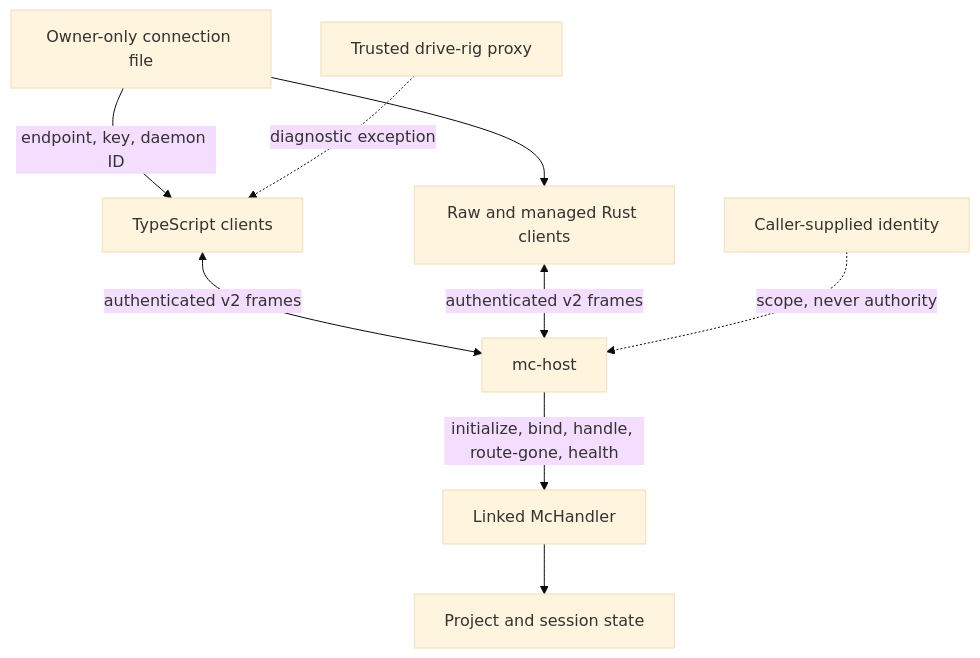
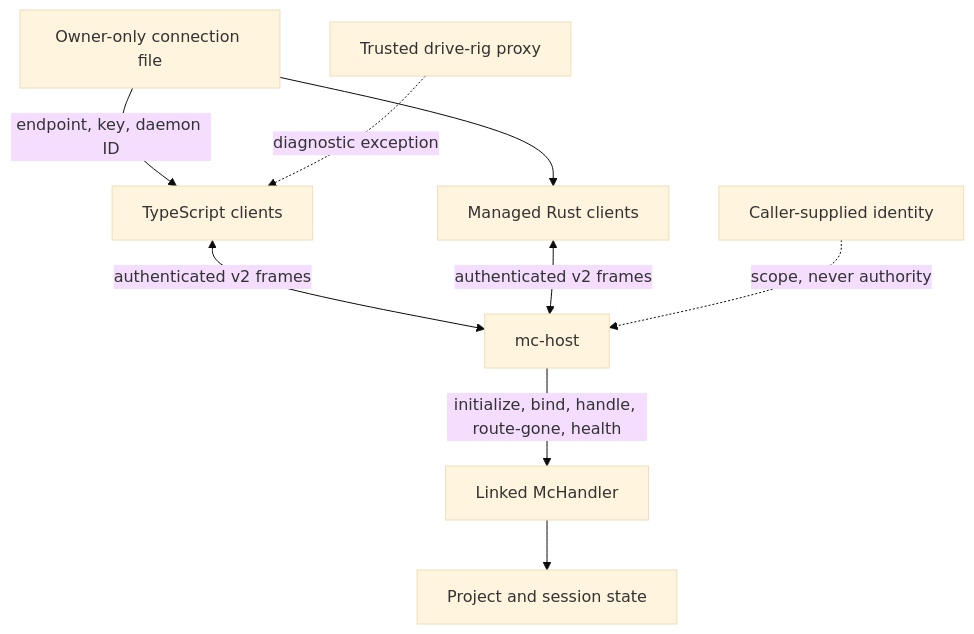
The first of 6 diagrams in docs/mc-host-wire-protocol.md (ahrav/magic-context), drawn with Mermaid (base theme) before and after one commit. The commit also changed other lines of this file and 142 other files, not shown here.

````diff
--- a/docs/mc-host-wire-protocol.md
+++ b/docs/mc-host-wire-protocol.md
@@ -42,11 +33,11 @@
 ```mermaid
 flowchart TB
   CF[Owner-only connection file] -->|endpoint, key, daemon ID| TS[TypeScript clients]
-  CF --> RC[Raw and managed Rust clients]
+  CF --> RC[Managed Rust clients]
   TS <-->|authenticated v2 frames| H[mc-host]
   RC <-->|authenticated v2 frames| H
   H -->|initialize, bind, handle, route-gone, health| M[Linked McHandler]
   M --> S[Project and session state]
   ID[Caller-supplied identity] -.->|scope, never authority| H
   RIG[Trusted drive-rig proxy] -.->|diagnostic exception| TS
 ```
````
